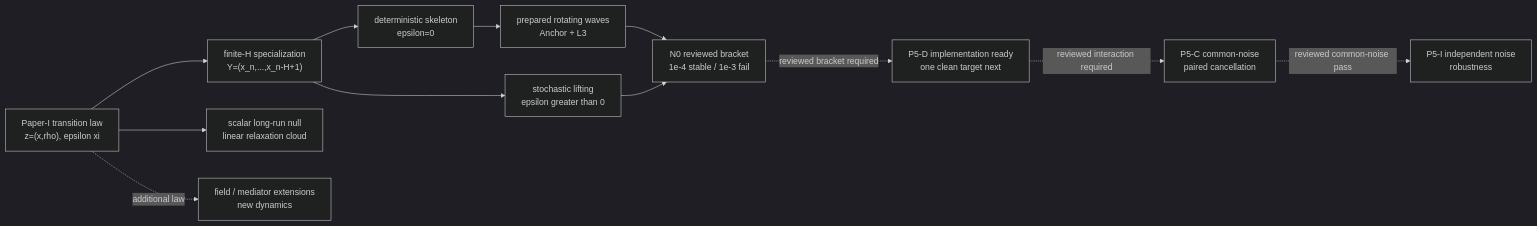
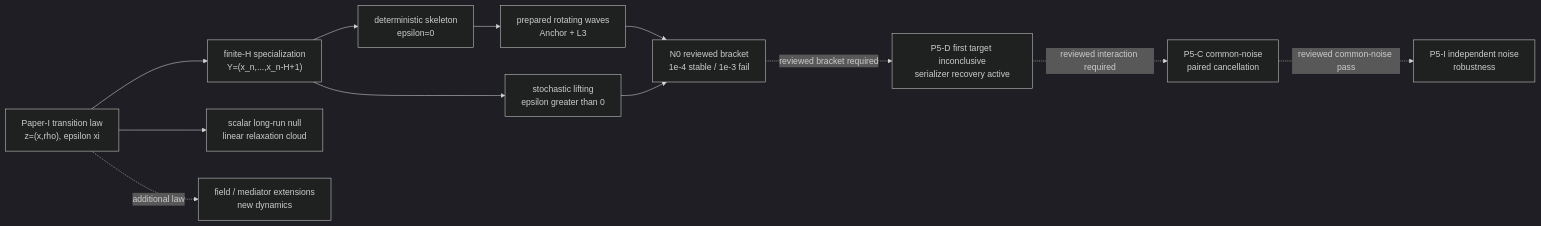
Before and after one commit to MemoryDynamics/Knoten: the seventh of 8 diagrams in docs/reference/repository_map.md, drawn with Mermaid (dark theme). The commit also changed other lines of this file and 12 other files, not shown here.

````diff
--- a/docs/reference/repository_map.md
+++ b/docs/reference/repository_map.md
@@ -348,23 +348,23 @@
 ```mermaid
 flowchart LR
     paperlaw["Paper-I transition law<br/>z=(x,rho), epsilon xi"]
     finiteh["finite-H specialization<br/>Y=(x_n,...,x_n-H+1)"]
     deterministic["deterministic skeleton<br/>epsilon=0"]
     stochastic["stochastic lifting<br/>epsilon greater than 0"]
     longrun["scalar long-run null<br/>linear relaxation cloud"]
     loops["prepared rotating waves<br/>Anchor + L3"]
     n0["N0 reviewed bracket<br/>1e-4 stable / 1e-3 fail"]
-    p5d["P5-D implementation ready<br/>one clean target next"]
+    p5d["P5-D first target inconclusive<br/>serializer recovery active"]
     p5c["P5-C common-noise<br/>paired cancellation"]
     p5i["P5-I independent noise<br/>robustness"]
     fields["field / mediator extensions<br/>new dynamics"]
 
     paperlaw --> finiteh
     paperlaw --> longrun
     finiteh --> deterministic --> loops --> n0
     finiteh --> stochastic --> n0
     n0 -.reviewed bracket required.-> p5d
     p5d -.reviewed interaction required.-> p5c
     p5c -.reviewed common-noise pass.-> p5i
     paperlaw -.additional law.-> fields
 ```
````
